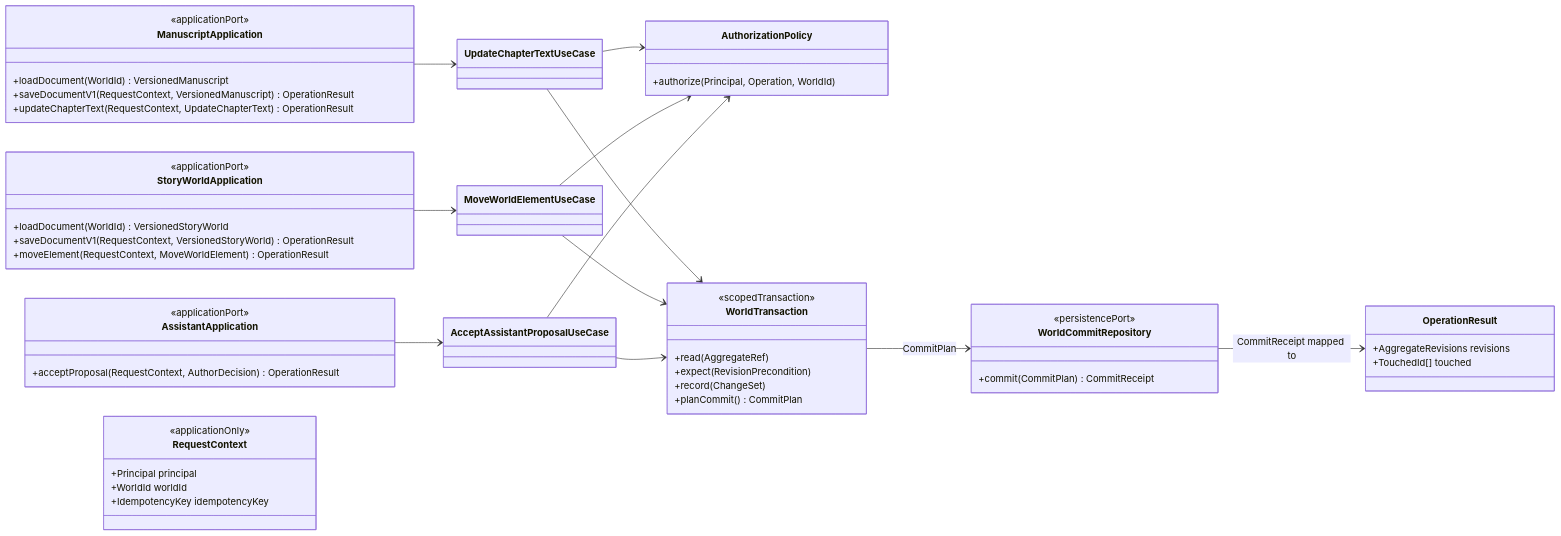
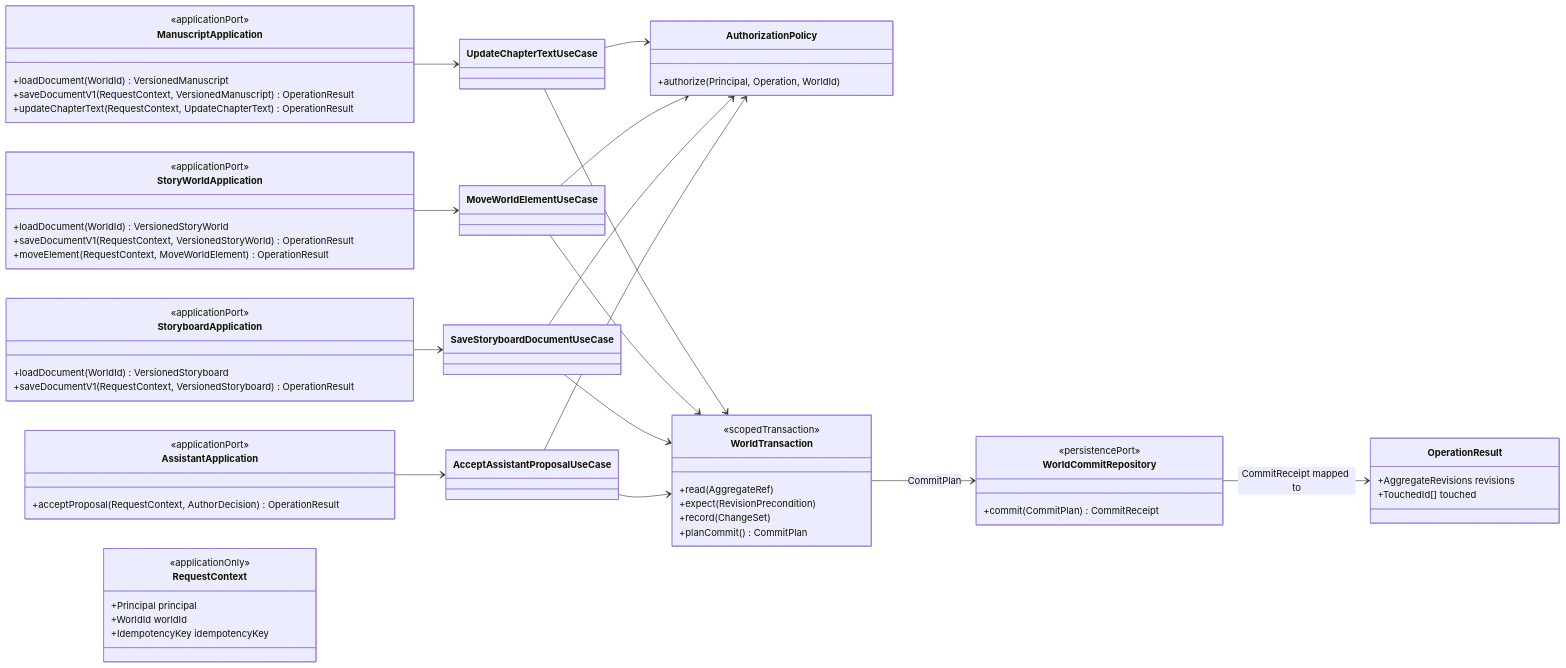
One commit to Tim3399/quiltor changed the first of 9 diagrams in docs/architecture/views/core-software.md. Above: the diagram before and after it, drawn with Mermaid. The commit also changed other lines of this file and 280 other files, not shown here.

Commit message:
feat: add storyboard planning and shared graph editing

````diff
--- a/docs/architecture/views/core-software.md
+++ b/docs/architecture/views/core-software.md
@@ -25,68 +25,78 @@
 ```mermaid
 classDiagram
 direction LR
 
 class ManuscriptApplication {
   <<applicationPort>>
   +loadDocument(WorldId) VersionedManuscript
   +saveDocumentV1(RequestContext, VersionedManuscript) OperationResult
   +updateChapterText(RequestContext, UpdateChapterText) OperationResult
 }
 
 class StoryWorldApplication {
   <<applicationPort>>
   +loadDocument(WorldId) VersionedStoryWorld
   +saveDocumentV1(RequestContext, VersionedStoryWorld) OperationResult
   +moveElement(RequestContext, MoveWorldElement) OperationResult
+}
+
+class StoryboardApplication {
+  <<applicationPort>>
+  +loadDocument(WorldId) VersionedStoryboard
+  +saveDocumentV1(RequestContext, VersionedStoryboard) OperationResult
 }
 
 class AssistantApplication {
   <<applicationPort>>
   +acceptProposal(RequestContext, AuthorDecision) OperationResult
 }
 
 class RequestContext {
   <<applicationOnly>>
   +Principal principal
   +WorldId worldId
   +IdempotencyKey idempotencyKey
 }
 
 class AuthorizationPolicy {
   +authorize(Principal, Operation, WorldId)
 }
 
 class UpdateChapterTextUseCase
 class MoveWorldElementUseCase
+class SaveStoryboardDocumentUseCase
 class AcceptAssistantProposalUseCase
 
 class WorldTransaction {
   <<scopedTransaction>>
   +read(AggregateRef)
   +expect(RevisionPrecondition)
   +record(ChangeSet)
   +planCommit() CommitPlan
 }
 
 class WorldCommitRepository {
   <<persistencePort>>
   +commit(CommitPlan) CommitReceipt
 }
 
 class OperationResult {
   +AggregateRevisions revisions
   +TouchedId[] touched
 }
 
 ManuscriptApplication --> UpdateChapterTextUseCase
 StoryWorldApplication --> MoveWorldElementUseCase
+StoryboardApplication --> SaveStoryboardDocumentUseCase
 AssistantApplication --> AcceptAssistantProposalUseCase
 UpdateChapterTextUseCase --> AuthorizationPolicy
 MoveWorldElementUseCase --> AuthorizationPolicy
+SaveStoryboardDocumentUseCase --> AuthorizationPolicy
 AcceptAssistantProposalUseCase --> AuthorizationPolicy
 UpdateChapterTextUseCase --> WorldTransaction
 MoveWorldElementUseCase --> WorldTransaction
+SaveStoryboardDocumentUseCase --> WorldTransaction
 AcceptAssistantProposalUseCase --> WorldTransaction
 WorldTransaction --> WorldCommitRepository : CommitPlan
 WorldCommitRepository --> OperationResult : CommitReceipt mapped to
 ```
````
